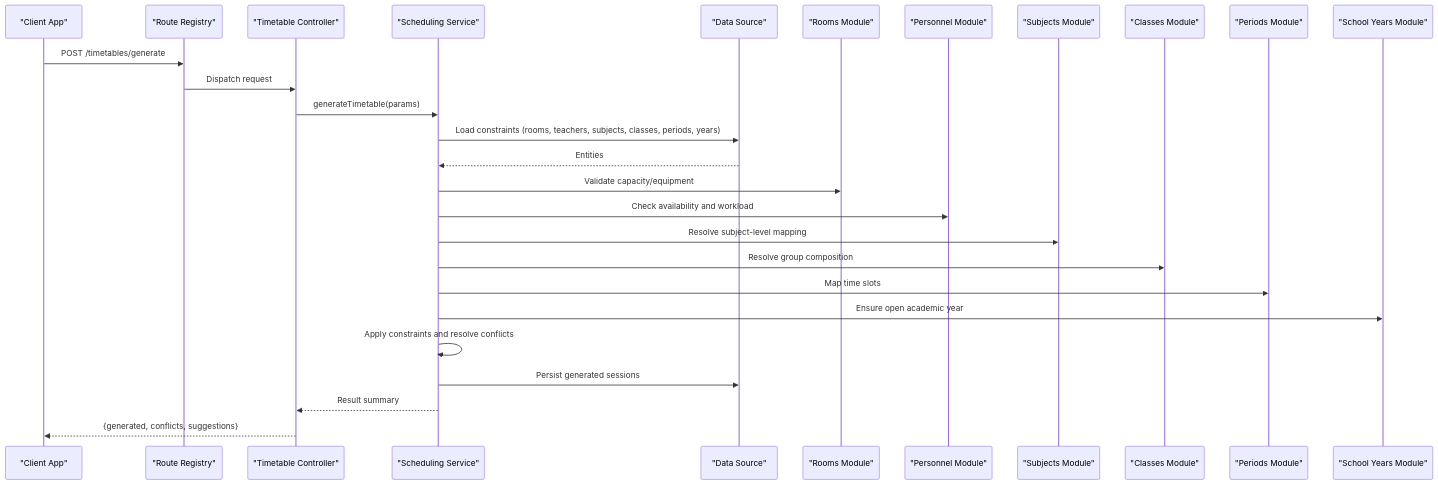
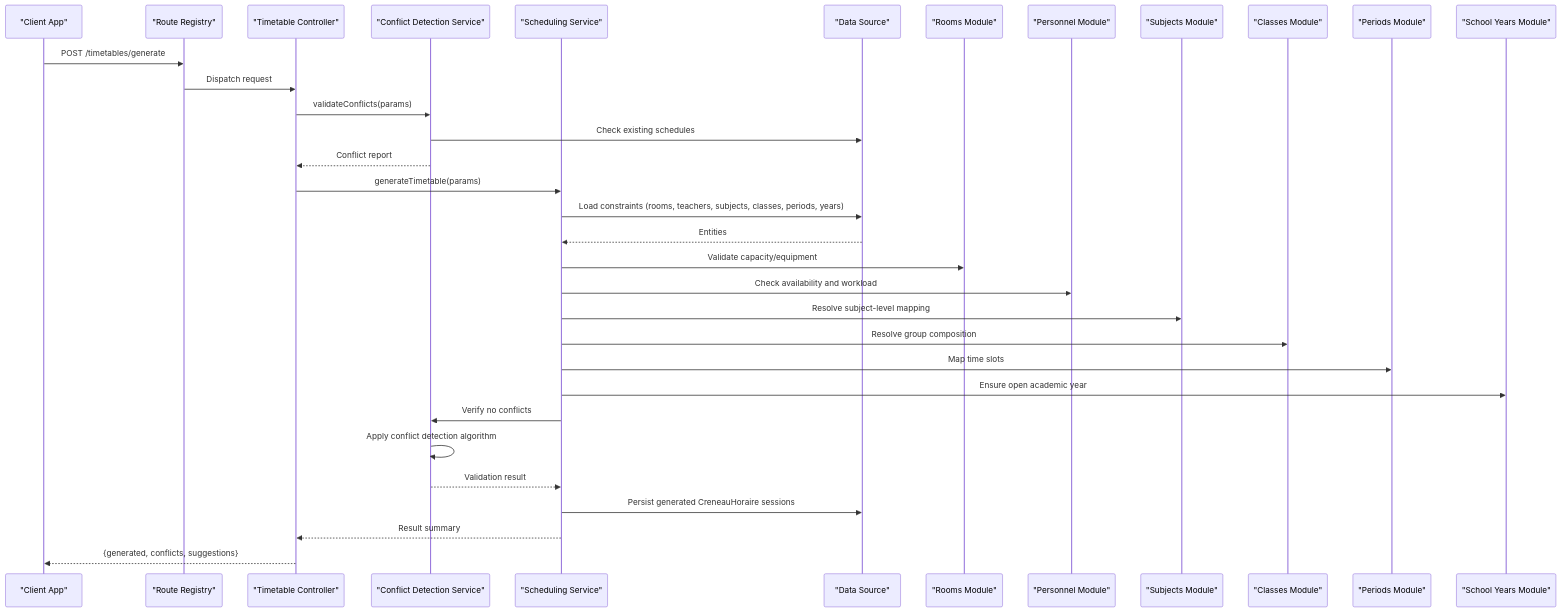
The second of 11 diagrams in .qoder/repowiki/en/content/Academic Management System/Class & Schedule Management/Timetable Creation & Scheduling.md (franckylab/eLISAschool), drawn with Mermaid before and after one commit. The commit also changed other lines of this file and 455 other files, not shown here.

````diff
--- a/.qoder/repowiki/en/content/Academic Management System/Class & Schedule Management/Timetable Creation & Scheduling.md
+++ b/.qoder/repowiki/en/content/Academic Management System/Class & Schedule Management/Timetable Creation & Scheduling.md
@@ -197,29 +211,35 @@
 ```mermaid
 sequenceDiagram
 participant Client as "Client App"
 participant API as "Route Registry"
 participant Ctrl as "Timetable Controller"
+participant ConflictSvc as "Conflict Detection Service"
 participant Svc as "Scheduling Service"
 participant DB as "Data Source"
 participant Rooms as "Rooms Module"
 participant Teachers as "Personnel Module"
 participant Subjects as "Subjects Module"
 participant Classes as "Classes Module"
 participant Periods as "Periods Module"
 participant Years as "School Years Module"
 Client->>API : POST /timetables/generate
 API->>Ctrl : Dispatch request
+Ctrl->>ConflictSvc : validateConflicts(params)
+ConflictSvc->>DB : Check existing schedules
+ConflictSvc-->>Ctrl : Conflict report
 Ctrl->>Svc : generateTimetable(params)
 Svc->>DB : Load constraints (rooms, teachers, subjects, classes, periods, years)
 DB-->>Svc : Entities
 Svc->>Rooms : Validate capacity/equipment
 Svc->>Teachers : Check availability and workload
 Svc->>Subjects : Resolve subject-level mapping
 Svc->>Classes : Resolve group composition
 Svc->>Periods : Map time slots
 Svc->>Years : Ensure open academic year
-Svc->>Svc : Apply constraints and resolve conflicts
-Svc->>DB : Persist generated sessions
+Svc->>ConflictSvc : Verify no conflicts
+ConflictSvc->>ConflictSvc : Apply conflict detection algorithm
+ConflictSvc-->>Svc : Validation result
+Svc->>DB : Persist generated CreneauHoraire sessions
 Svc-->>Ctrl : Result summary
 Ctrl-->>Client : {generated, conflicts, suggestions}
 ```
````
